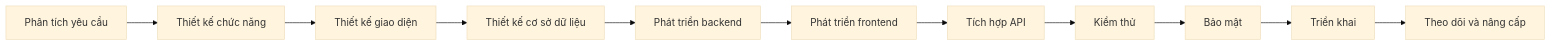
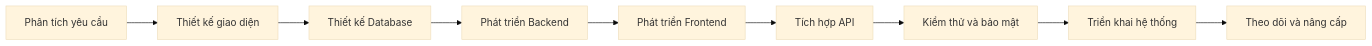
One commit to minhquan247/minhquan247 changed the first of 2 diagrams in README.md. Above: the diagram before and after it, drawn with Mermaid (base theme). The commit also changed other lines of this file, not shown here.

````diff
--- a/README.md
+++ b/README.md
@@ -915,13 +866,11 @@
 ```mermaid
 flowchart LR
-    A[Phân tích yêu cầu] --> B[Thiết kế chức năng]
-    B --> C[Thiết kế giao diện]
-    C --> D[Thiết kế cơ sở dữ liệu]
-    D --> E[Phát triển backend]
-    E --> F[Phát triển frontend]
-    F --> G[Tích hợp API]
-    G --> H[Kiểm thử]
-    H --> I[Bảo mật]
-    I --> J[Triển khai]
-    J --> K[Theo dõi và nâng cấp]
+    A[Phân tích yêu cầu] --> B[Thiết kế giao diện]
+    B --> C[Thiết kế Database]
+    C --> D[Phát triển Backend]
+    D --> E[Phát triển Frontend]
+    E --> F[Tích hợp API]
+    F --> G[Kiểm thử và bảo mật]
+    G --> H[Triển khai hệ thống]
+    H --> I[Theo dõi và nâng cấp]
 ```
````
